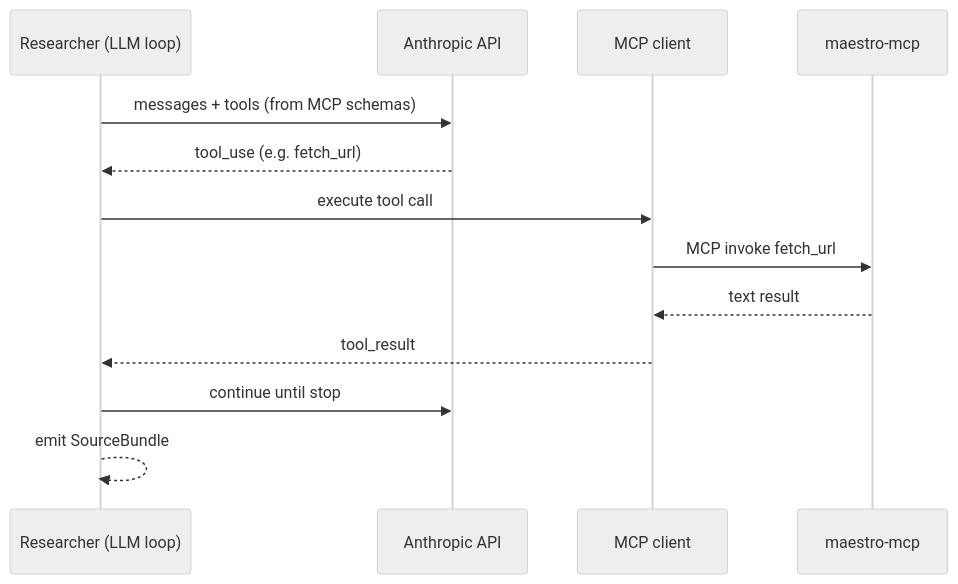
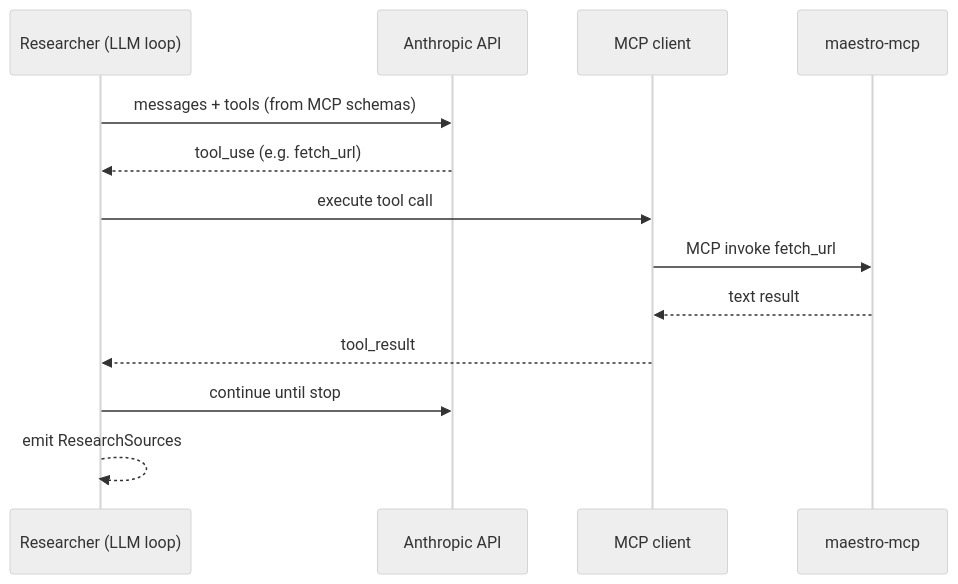
The second of 4 diagrams in DESIGN.md (lyoness1/agent-orchestration-mcp), drawn with Mermaid (neutral theme) before and after one commit. The commit also changed other lines of this file and 18 other files, not shown here.

````diff
--- a/DESIGN.md
+++ b/DESIGN.md
@@ -97,16 +97,16 @@
 ```mermaid
 sequenceDiagram
     participant R as Researcher (LLM loop)
     participant API as Anthropic API
     participant MC as MCP client
     participant S as maestro-mcp
 
     R->>API: messages + tools (from MCP schemas)
     API-->>R: tool_use (e.g. fetch_url)
     R->>MC: execute tool call
     MC->>S: MCP invoke fetch_url
     S-->>MC: text result
     MC-->>R: tool_result
     R->>API: continue until stop
-    R-->>R: emit SourceBundle
+    R-->>R: emit ResearchSources
 ```
````
